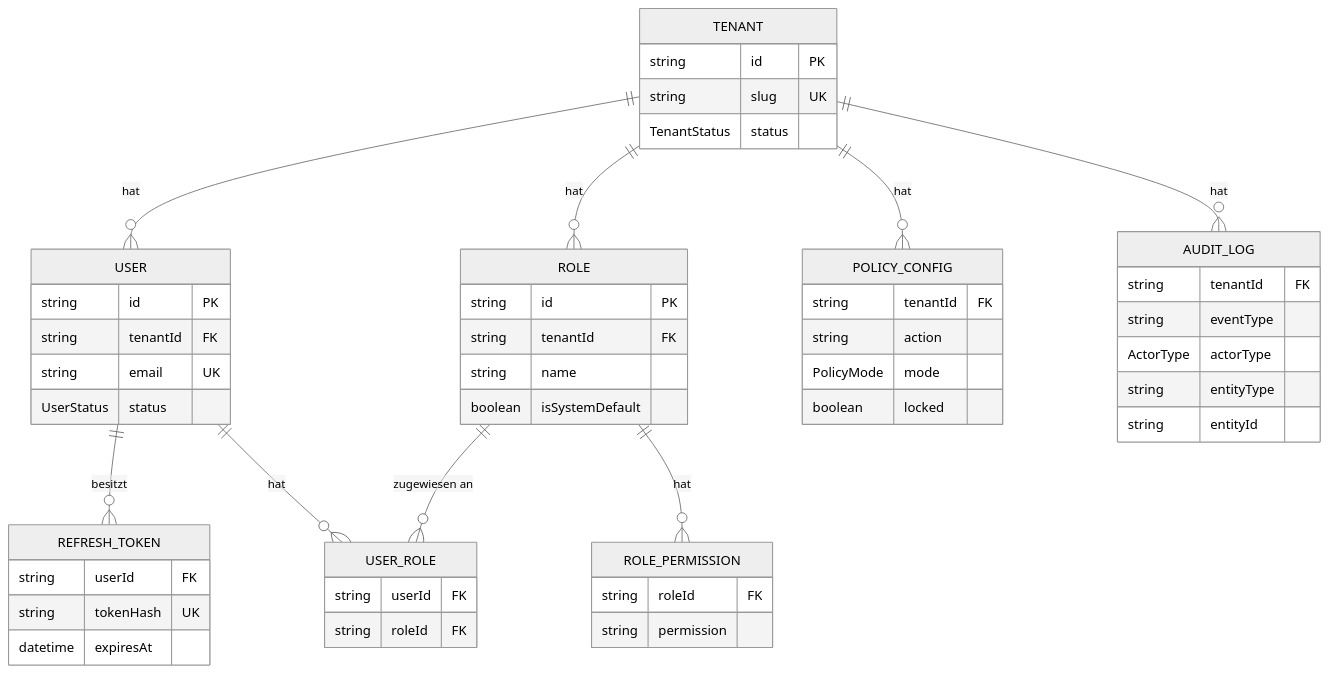
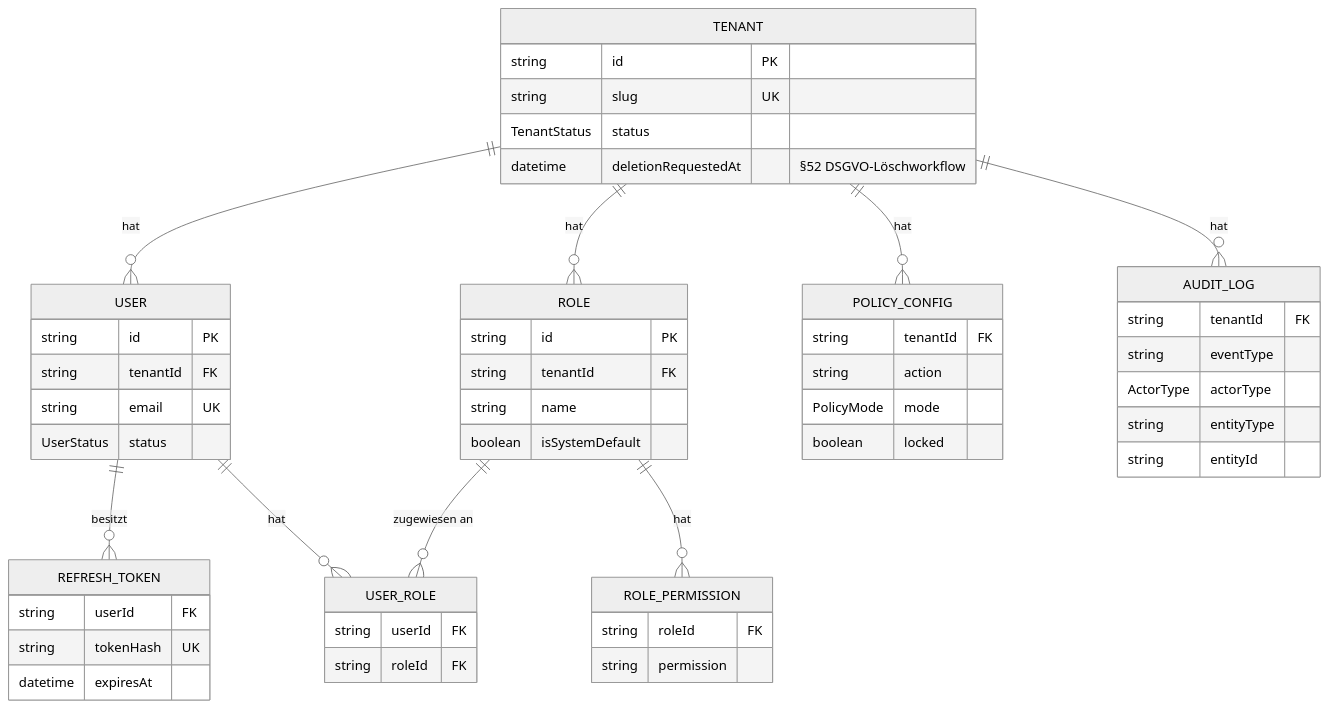
One commit to R4-13/Orbit changed the first of 6 diagrams in docs/DOMAIN_MODEL.md. Above: the diagram before and after it, drawn with Mermaid (neutral theme). The commit also changed other lines of this file and 28 other files, not shown here.

````diff
--- a/docs/DOMAIN_MODEL.md
+++ b/docs/DOMAIN_MODEL.md
@@ -35,55 +35,56 @@
 ```mermaid
 erDiagram
     TENANT ||--o{ USER : "hat"
     TENANT ||--o{ ROLE : "hat"
     TENANT ||--o{ POLICY_CONFIG : "hat"
     TENANT ||--o{ AUDIT_LOG : "hat"
     USER ||--o{ REFRESH_TOKEN : "besitzt"
     USER ||--o{ USER_ROLE : "hat"
     ROLE ||--o{ USER_ROLE : "zugewiesen an"
     ROLE ||--o{ ROLE_PERMISSION : "hat"
 
     TENANT {
         string id PK
         string slug UK
         TenantStatus status
+        datetime deletionRequestedAt "§52 DSGVO-Löschworkflow"
     }
     USER {
         string id PK
         string tenantId FK
         string email UK
         UserStatus status
     }
     ROLE {
         string id PK
         string tenantId FK
         string name
         boolean isSystemDefault
     }
     ROLE_PERMISSION {
         string roleId FK
         string permission
     }
     USER_ROLE {
         string userId FK
         string roleId FK
     }
     REFRESH_TOKEN {
         string userId FK
         string tokenHash UK
         datetime expiresAt
     }
     POLICY_CONFIG {
         string tenantId FK
         string action
         PolicyMode mode
         boolean locked
     }
     AUDIT_LOG {
         string tenantId FK
         string eventType
         ActorType actorType
         string entityType
         string entityId
     }
 ```
````
